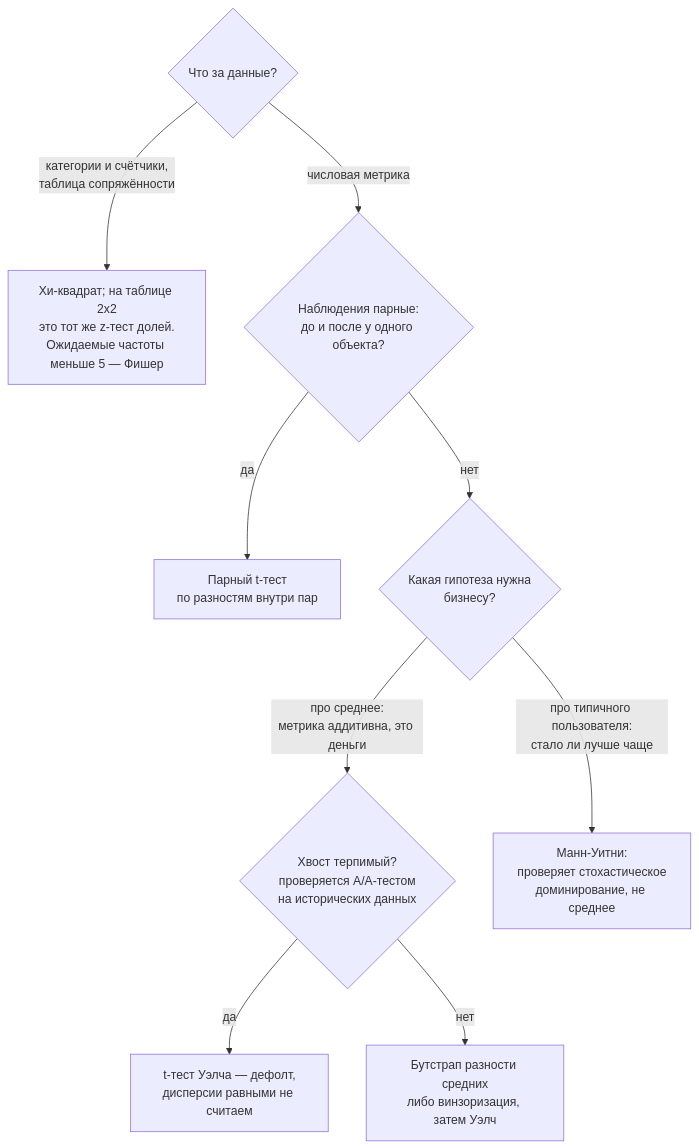
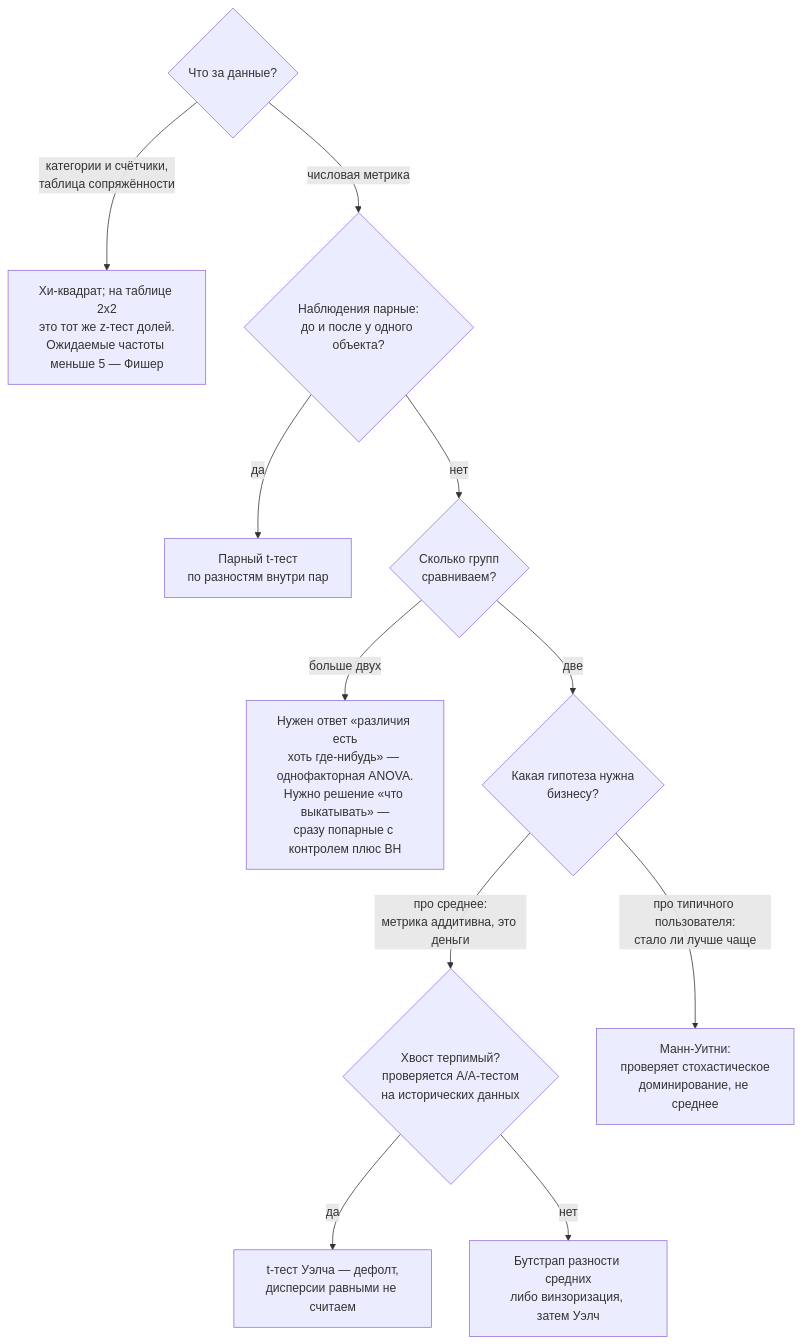
Before and after one commit to avanturer/ml-handbook: the diagram in docs/01-math/03-statistics.md, drawn with Mermaid. The commit also changed other lines of this file and 9 other files, not shown here.

````diff
--- a/docs/01-math/03-statistics.md
+++ b/docs/01-math/03-statistics.md
@@ -1172,12 +1173,14 @@
 ```mermaid
 flowchart TD
     Q0{"Что за данные?"}
     Q0 -- "категории и счётчики,<br/>таблица сопряжённости" --> CHI["Хи-квадрат; на таблице 2x2<br/>это тот же z-тест долей.<br/>Ожидаемые частоты меньше 5 — Фишер"]
     Q0 -- "числовая метрика" --> Q1{"Наблюдения парные:<br/>до и после у одного объекта?"}
     Q1 -- "да" --> PAIR["Парный t-тест<br/>по разностям внутри пар"]
-    Q1 -- "нет" --> Q2{"Какая гипотеза нужна<br/>бизнесу?"}
+    Q1 -- "нет" --> QK{"Сколько групп<br/>сравниваем?"}
+    QK -- "больше двух" --> ANV["Нужен ответ «различия есть<br/>хоть где-нибудь» — однофакторная ANOVA.<br/>Нужно решение «что выкатывать» —<br/>сразу попарные с контролем плюс BH"]
+    QK -- "две" --> Q2{"Какая гипотеза нужна<br/>бизнесу?"}
     Q2 -- "про среднее:<br/>метрика аддитивна, это деньги" --> Q3{"Хвост терпимый?<br/>проверяется A/A-тестом<br/>на исторических данных"}
     Q2 -- "про типичного пользователя:<br/>стало ли лучше чаще" --> MW["Манн-Уитни:<br/>проверяет стохастическое<br/>доминирование, не среднее"]
     Q3 -- "да" --> W["t-тест Уэлча — дефолт,<br/>дисперсии равными не считаем"]
     Q3 -- "нет" --> BOOT["Бутстрап разности средних<br/>либо винзоризация, затем Уэлч"]
 ```
````
